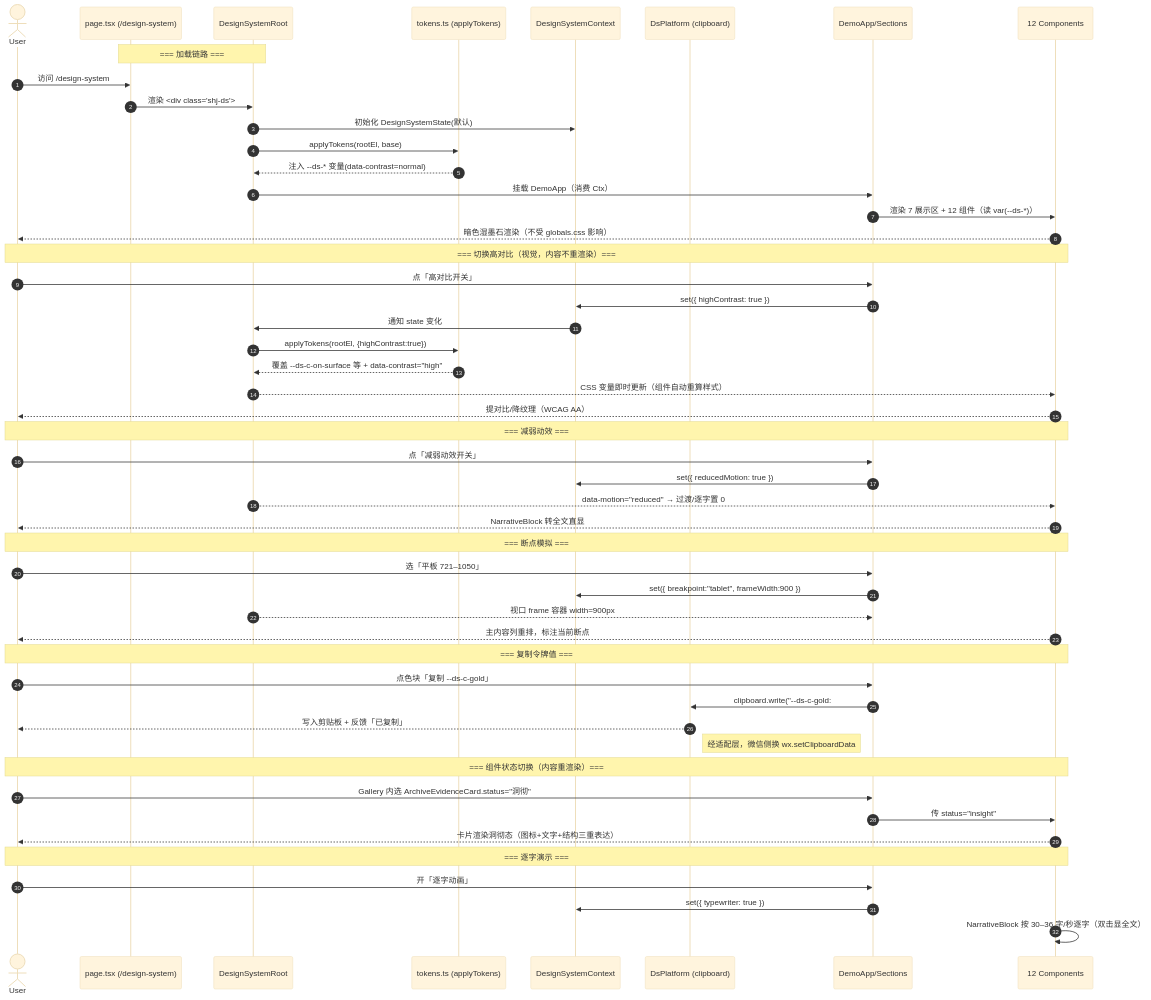
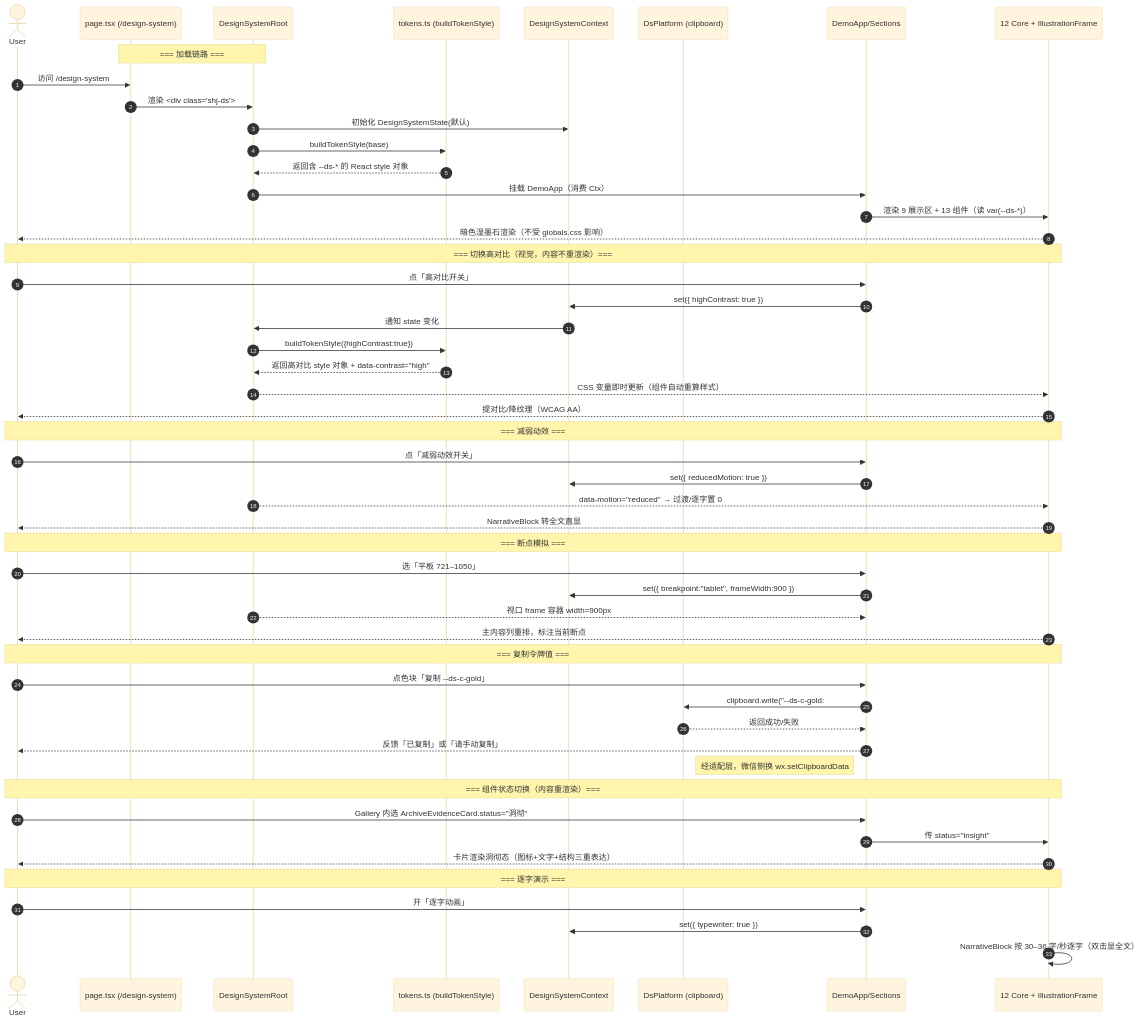
Before and after one commit to 77joe7/shanhai-yiwen: the diagram in docs/design-system/sequence-diagram.mermaid, drawn with Mermaid (base theme). The commit also changed 19 other files, not shown here.

```diff
--- a/docs/design-system/sequence-diagram.mermaid
+++ b/docs/design-system/sequence-diagram.mermaid
@@ -1,57 +1,58 @@
 sequenceDiagram
     autonumber
     actor User
     participant Page as page.tsx (/design-system)
     participant Root as DesignSystemRoot
-    participant Tok as tokens.ts (applyTokens)
+    participant Tok as tokens.ts (buildTokenStyle)
     participant Ctx as DesignSystemContext
     participant Plat as DsPlatform (clipboard)
     participant Demo as DemoApp/Sections
-    participant Comp as 12 Components
+    participant Comp as 12 Core + IllustrationFrame
 
     Note over Page,Root: === 加载链路 ===
     User->>Page: 访问 /design-system
     Page->>Root: 渲染 <div class="shj-ds">
     Root->>Ctx: 初始化 DesignSystemState(默认)
-    Root->>Tok: applyTokens(rootEl, base)
-    Tok-->>Root: 注入 --ds-* 变量(data-contrast=normal)
+    Root->>Tok: buildTokenStyle(base)
+    Tok-->>Root: 返回含 --ds-* 的 React style 对象
     Root->>Demo: 挂载 DemoApp（消费 Ctx）
-    Demo->>Comp: 渲染 7 展示区 + 12 组件（读 var(--ds-*)）
+    Demo->>Comp: 渲染 9 展示区 + 13 组件（读 var(--ds-*)）
     Comp-->>User: 暗色湿墨石渲染（不受 globals.css 影响）
 
     Note over User,Comp: === 切换高对比（视觉，内容不重渲染）===
     User->>Demo: 点「高对比开关」
     Demo->>Ctx: set({ highContrast: true })
     Ctx->>Root: 通知 state 变化
-    Root->>Tok: applyTokens(rootEl, {highContrast:true})
-    Tok-->>Root: 覆盖 --ds-c-on-surface 等 + data-contrast="high"
+    Root->>Tok: buildTokenStyle({highContrast:true})
+    Tok-->>Root: 返回高对比 style 对象 + data-contrast="high"
     Root-->>Comp: CSS 变量即时更新（组件自动重算样式）
     Comp-->>User: 提对比/降纹理（WCAG AA）
 
     Note over User,Comp: === 减弱动效 ===
     User->>Demo: 点「减弱动效开关」
     Demo->>Ctx: set({ reducedMotion: true })
     Root-->>Comp: data-motion="reduced" → 过渡/逐字置 0
     Comp-->>User: NarrativeBlock 转全文直显
 
     Note over User,Comp: === 断点模拟 ===
     User->>Demo: 选「平板 721–1050」
     Demo->>Ctx: set({ breakpoint:"tablet", frameWidth:900 })
     Root-->>Demo: 视口 frame 容器 width=900px
     Comp-->>User: 主内容列重排，标注当前断点
 
     Note over User,Comp: === 复制令牌值 ===
     User->>Demo: 点色块「复制 --ds-c-gold」
     Demo->>Plat: clipboard.write("--ds-c-gold: #F5D294")
-    Plat-->>User: 写入剪贴板 + 反馈「已复制」
+    Plat-->>Demo: 返回成功/失败
+    Demo-->>User: 反馈「已复制」或「请手动复制」
     Note right of Plat: 经适配层，微信侧换 wx.setClipboardData
 
     Note over User,Comp: === 组件状态切换（内容重渲染）===
     User->>Demo: Gallery 内选 ArchiveEvidenceCard.status="洞彻"
     Demo->>Comp: 传 status="insight"
     Comp-->>User: 卡片渲染洞彻态（图标+文字+结构三重表达）
 
     Note over User,Comp: === 逐字演示 ===
     User->>Demo: 开「逐字动画」
     Demo->>Ctx: set({ typewriter: true })
     Comp->>Comp: NarrativeBlock 按 30–36 字/秒逐字（双击显全文）
```
